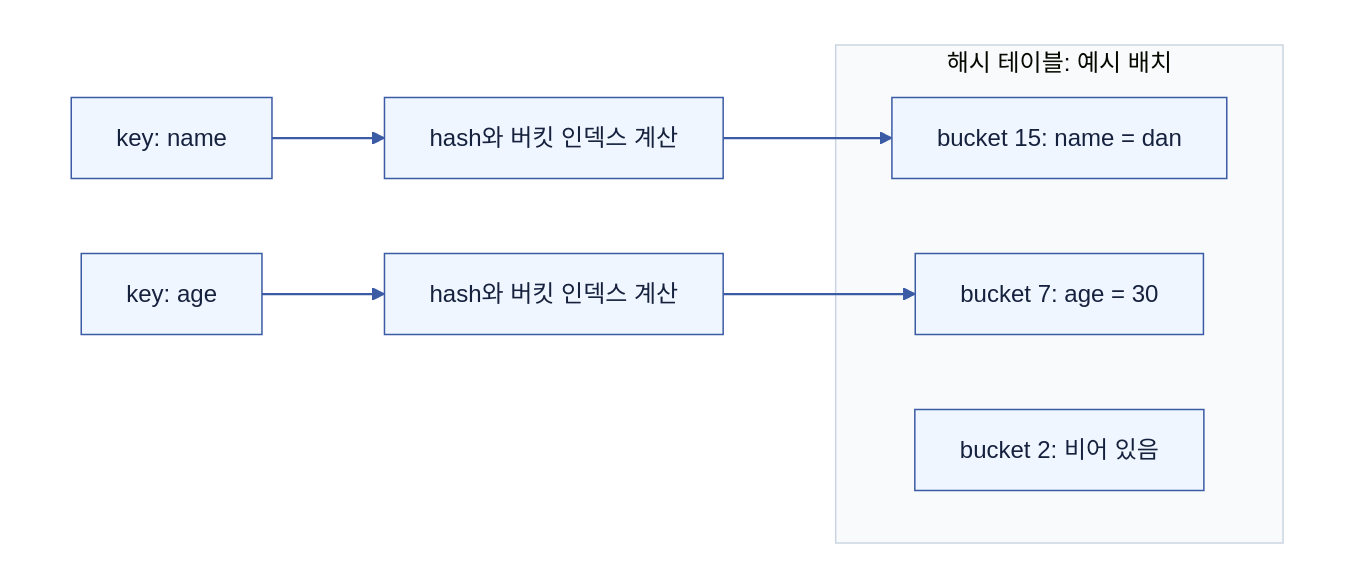
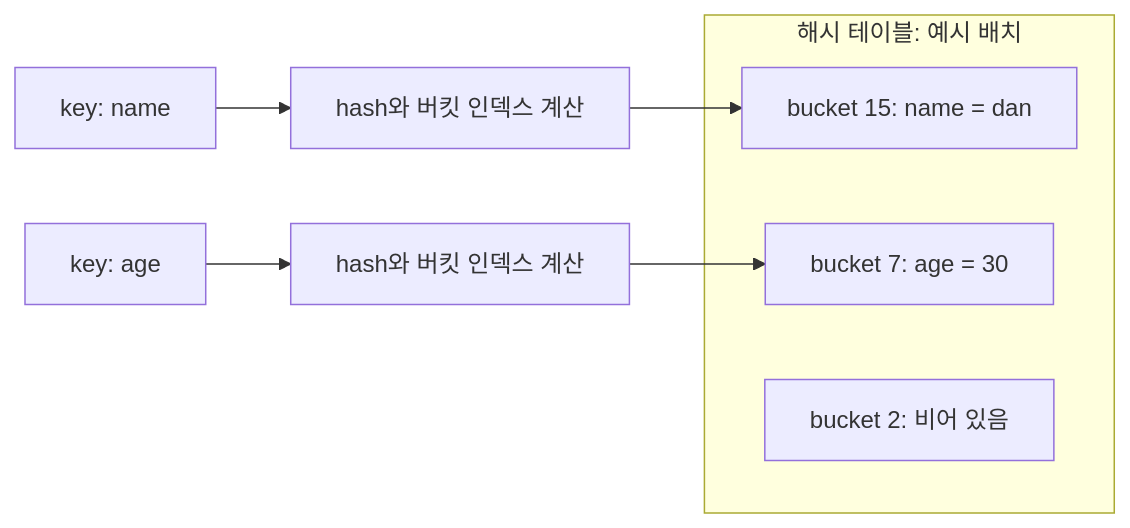
The diagram in computer-science/2607-data-structure.md (Hyune-s-lab/my-ai-study), drawn with Mermaid before and after one commit. The commit also changed 49 other files, not shown here.

Commit message:
docs: 단순 다이어그램은 Mermaid로, 복잡한 배치는 SVG로 정리

````diff
--- a/computer-science/2607-data-structure.md
+++ b/computer-science/2607-data-structure.md
@@ -93,23 +93,17 @@
 ```mermaid
 flowchart LR
-%%{init: {"theme": "base", "darkMode": false, "themeVariables": {"background": "#ffffff", "primaryColor": "#EFF6FF", "primaryTextColor": "#16213E", "primaryBorderColor": "#3B5BA5", "secondaryColor": "#F0FDF4", "tertiaryColor": "#FAF5FF", "lineColor": "#3B5BA5", "textColor": "#16213E", "edgeLabelBackground": "#ffffff", "clusterBkg": "#F8FAFC", "clusterBorder": "#CBD5E1"}}}%%
-  subgraph canvas[" "]
-    direction LR
-    name["key: name"] --> hn["hash와 버킷 인덱스 계산"]
-    age["key: age"] --> ha["hash와 버킷 인덱스 계산"]
-    subgraph buckets["해시 테이블: 예시 배치"]
-      b15["bucket 15: name = dan"]
-      b7["bucket 7: age = 30"]
-      b2["bucket 2: 비어 있음"]
-    end
-    hn --> b15
-    ha --> b7
+%%{init: {"flowchart": {"curve": "stepAfter", "wrappingWidth": 400}}}%%
+  n_name["key: name"]
+  n_hn["hash와 버킷 인덱스 계산"]
+  n_age["key: age"]
+  n_ha["hash와 버킷 인덱스 계산"]
+  subgraph g_buckets["해시 테이블: 예시 배치"]
+    n_b15["bucket 15: name = dan"]
+    n_b7["bucket 7: age = 30"]
+    n_b2["bucket 2: 비어 있음"]
   end
-  style canvas fill:#ffffff,stroke:#ffffff,color:#111827
-  linkStyle default stroke:#3B5BA5,stroke-width:1.5px
-  classDef app fill:#EFF6FF,stroke:#3B5BA5,stroke-width:1px,color:#16213E
-  class name,hn,age,ha,b15,b7,b2 app
-  classDef db fill:#F0FDF4,stroke:#3F8E55,stroke-width:1px,color:#16213E
-  classDef policy fill:#FAF5FF,stroke:#A855F7,stroke-width:1px,color:#16213E
-  classDef worker fill:#FFF7ED,stroke:#C98A2B,stroke-width:1px,color:#16213E
+  n_name --> n_hn
+  n_age --> n_ha
+  n_hn --> n_b15
+  n_ha --> n_b7
 ```
````
